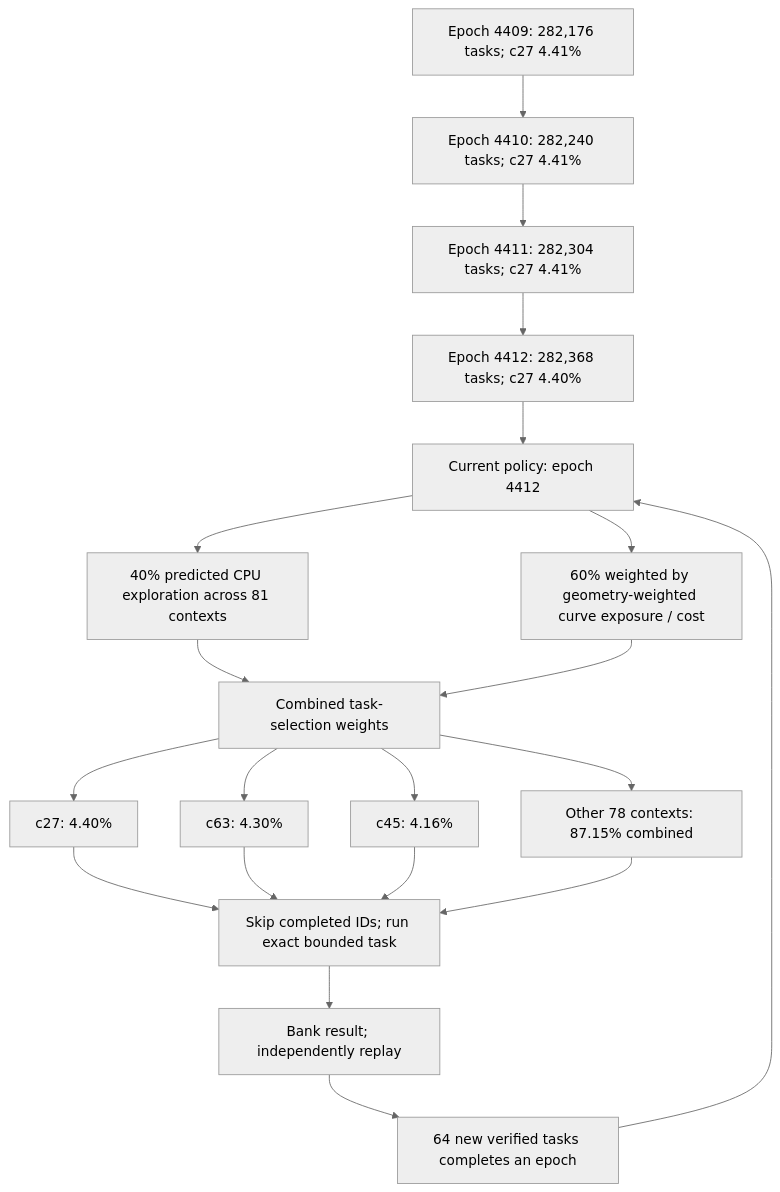
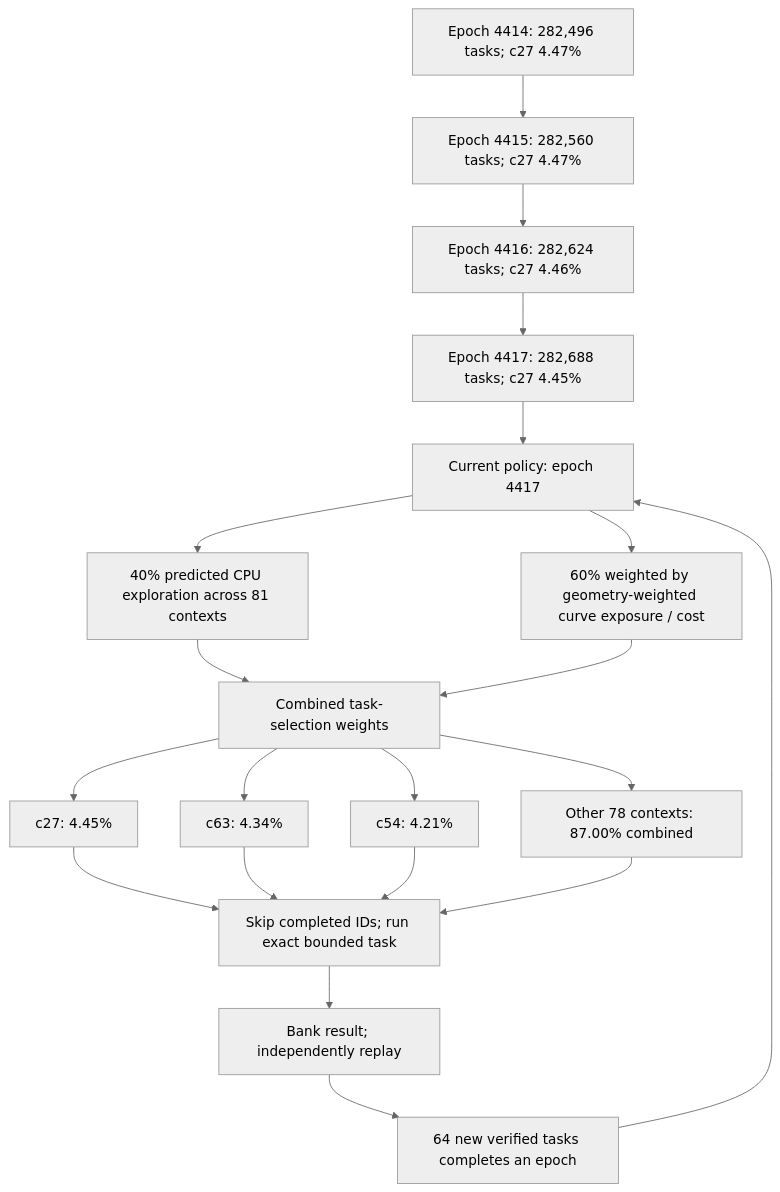
The first of 3 diagrams in README.md (Kuberwastaken/math-gambling), drawn with Mermaid (neutral theme) before and after one commit. The commit also changed other lines of this file and 2958 other files, not shown here.

````diff
--- a/README.md
+++ b/README.md
@@ -60,27 +60,27 @@
 ```mermaid
 flowchart TD
-    H0["Epoch 4409: 282,176 tasks; c27 4.41%"]
-    H1["Epoch 4410: 282,240 tasks; c27 4.41%"]
+    H0["Epoch 4414: 282,496 tasks; c27 4.47%"]
+    H1["Epoch 4415: 282,560 tasks; c27 4.47%"]
     H0 --> H1
-    H2["Epoch 4411: 282,304 tasks; c27 4.41%"]
+    H2["Epoch 4416: 282,624 tasks; c27 4.46%"]
     H1 --> H2
-    H3["Epoch 4412: 282,368 tasks; c27 4.40%"]
+    H3["Epoch 4417: 282,688 tasks; c27 4.45%"]
     H2 --> H3
-    Policy["Current policy: epoch 4412"]
+    Policy["Current policy: epoch 4417"]
     H3 --> Policy
     Policy --> Explore["40% predicted CPU exploration across 81 contexts"]
     Policy --> Cost["60% weighted by geometry-weighted curve exposure / cost"]
     Explore --> Mix["Combined task-selection weights"]
     Cost --> Mix
-    Mix --> C0["c27: 4.40%"]
-    Mix --> C1["c63: 4.30%"]
-    Mix --> C2["c45: 4.16%"]
-    Mix --> Rest["Other 78 contexts: 87.15% combined"]
+    Mix --> C0["c27: 4.45%"]
+    Mix --> C1["c63: 4.34%"]
+    Mix --> C2["c54: 4.21%"]
+    Mix --> Rest["Other 78 contexts: 87.00% combined"]
     C0 --> Check["Skip completed IDs; run exact bounded task"]
     C1 --> Check
     C2 --> Check
     Rest --> Check
     Check --> Replay["Bank result; independently replay"]
     Replay --> Gate["64 new verified tasks completes an epoch"]
     Gate --> Policy
 ```
````
